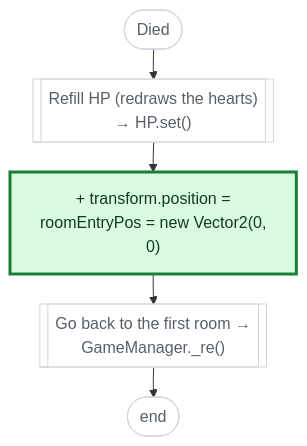
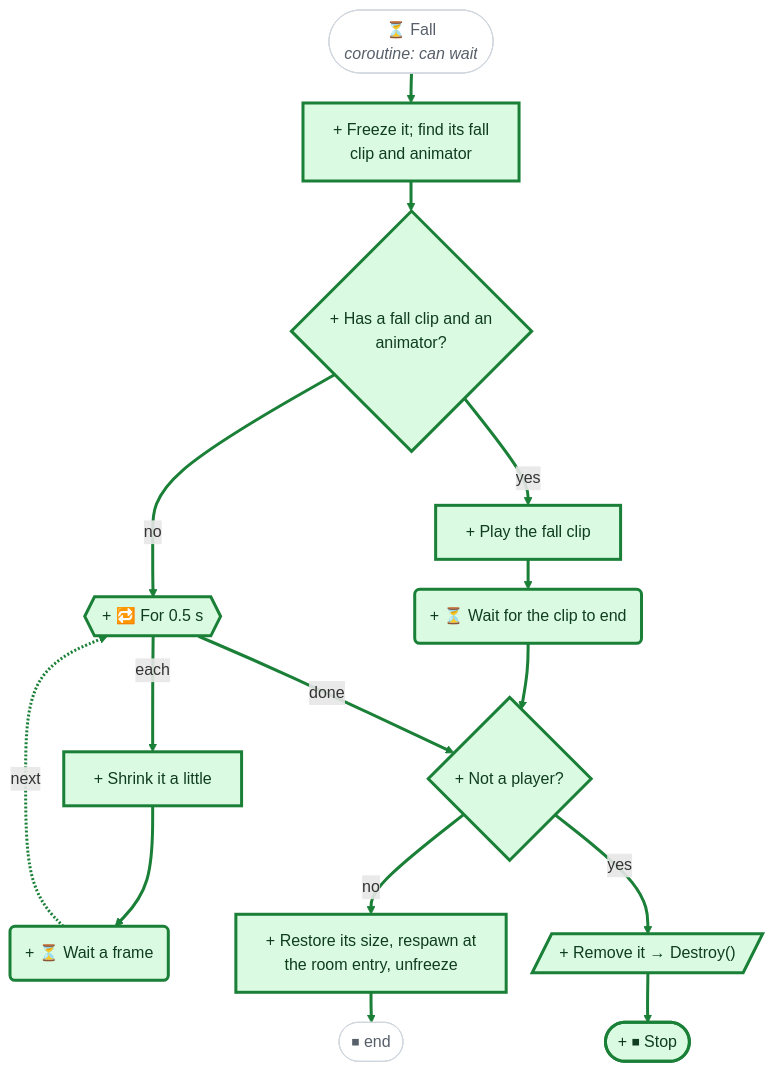
The ninth of 11 diagrams in CodeGraph~/diffs/b47c315.md (nataiai/Lord-of-the-Dungeon), drawn with Mermaid before and after one commit. The commit also changed other lines of this file and 57 other files, not shown here.

````diff
--- a/CodeGraph~/diffs/b47c315.md
+++ b/CodeGraph~/diffs/b47c315.md
@@ -372,26 +332,59 @@
 ```mermaid
 ---
 config:
   flowchart:
     wrappingWidth: 260
     nodeSpacing: 26
     rankSpacing: 30
 ---
 flowchart TD
-  nS(["Died"])
-  n104384[["Refill HP (redraws the hearts)<br>→ HP.set()"]]
-  nbe62ae["+ transform.position =<br>roomEntryPos = new Vector2(0,<br>0)"]
-  nbdc250[["Go back to the first room →<br>GameManager._re()"]]
-  nE(["end"])
-  nS --> n104384
-  n104384 --> nbe62ae
-  nbe62ae --> nbdc250
-  nbdc250 --> nE
+  nS(["⏳ Fall<br><i>coroutine: can wait</i>"])
+  nfc587d["+ Freeze it; find its fall<br>clip and animator"]
+  nbbdef8{"+ Has a fall clip and an<br>animator?"}
+  n8efc72["+ Play the fall clip"]
+  naa312b("+ ⏳ Wait for the clip to end")
+  n0f4e9e{{"+ 🔁 For 0.5 s"}}
+  nc1664e["+ Shrink it a little"]
+  nb3bf40("+ ⏳ Wait a frame")
+  n76f92d{"+ Not a player?"}
+  n885d6b[/"+ Remove it → Destroy()"/]
+  n3349eb["+ Restore its size, respawn at<br>the room entry, unfreeze"]
+  nE(["⏹ end"])
+  nb26d12(["+ ⏹ Stop"])
+  nS --> nfc587d
+  nfc587d --> nbbdef8
+  nbbdef8 -->|yes| n8efc72
+  n8efc72 --> naa312b
+  nbbdef8 -->|no| n0f4e9e
+  n0f4e9e -->|each| nc1664e
+  nc1664e --> nb3bf40
+  nb3bf40 -.->|next| n0f4e9e
+  naa312b --> n76f92d
+  n0f4e9e -->|done| n76f92d
+  n885d6b --> nb26d12
+  n76f92d -->|no| n3349eb
+  n76f92d -->|yes| n885d6b
+  n3349eb --> nE
+  linkStyle 0 stroke:#1a7f37,stroke-width:3px
+  linkStyle 1 stroke:#1a7f37,stroke-width:3px
+  linkStyle 2 stroke:#1a7f37,stroke-width:3px
+  linkStyle 3 stroke:#1a7f37,stroke-width:3px
+  linkStyle 4 stroke:#1a7f37,stroke-width:3px
+  linkStyle 5 stroke:#1a7f37,stroke-width:3px
+  linkStyle 6 stroke:#1a7f37,stroke-width:3px
+  linkStyle 7 stroke:#1a7f37,stroke-width:3px
+  linkStyle 8 stroke:#1a7f37,stroke-width:3px
+  linkStyle 9 stroke:#1a7f37,stroke-width:3px
+  linkStyle 10 stroke:#1a7f37,stroke-width:3px
+  linkStyle 11 stroke:#1a7f37,stroke-width:3px
+  linkStyle 12 stroke:#1a7f37,stroke-width:3px
+  linkStyle 13 stroke:#1a7f37,stroke-width:3px
   classDef same fill:#ffffff,stroke:#d0d7de,color:#57606a
   classDef added fill:#dafbe1,stroke:#1a7f37,stroke-width:3px,color:#0f3d1d
-  classDef removed fill:#ffebe9,stroke:#cf222e,stroke-width:3px,color:#82071e
+  classDef removed fill:#ffebe9,stroke:#cf222e,stroke-width:3px,stroke-dasharray:6 4,color:#82071e
   classDef modified fill:#fff8c5,stroke:#bf8700,stroke-width:3px,color:#4d2d00
   classDef impacted fill:#ffffff,stroke:#6e7781,stroke-width:2px,stroke-dasharray:2 3,color:#24292f
-  class nbe62ae added
-  class nS,n104384,nbdc250,nE same
+  classDef stub fill:#ffffff,stroke:#8c959f,stroke-dasharray:2 3,color:#8c959f
+  class nfc587d,nbbdef8,n8efc72,naa312b,n0f4e9e,nc1664e,nb3bf40,n76f92d,n885d6b,nb26d12,n3349eb added
+  class nS,nE same
 ```
````
